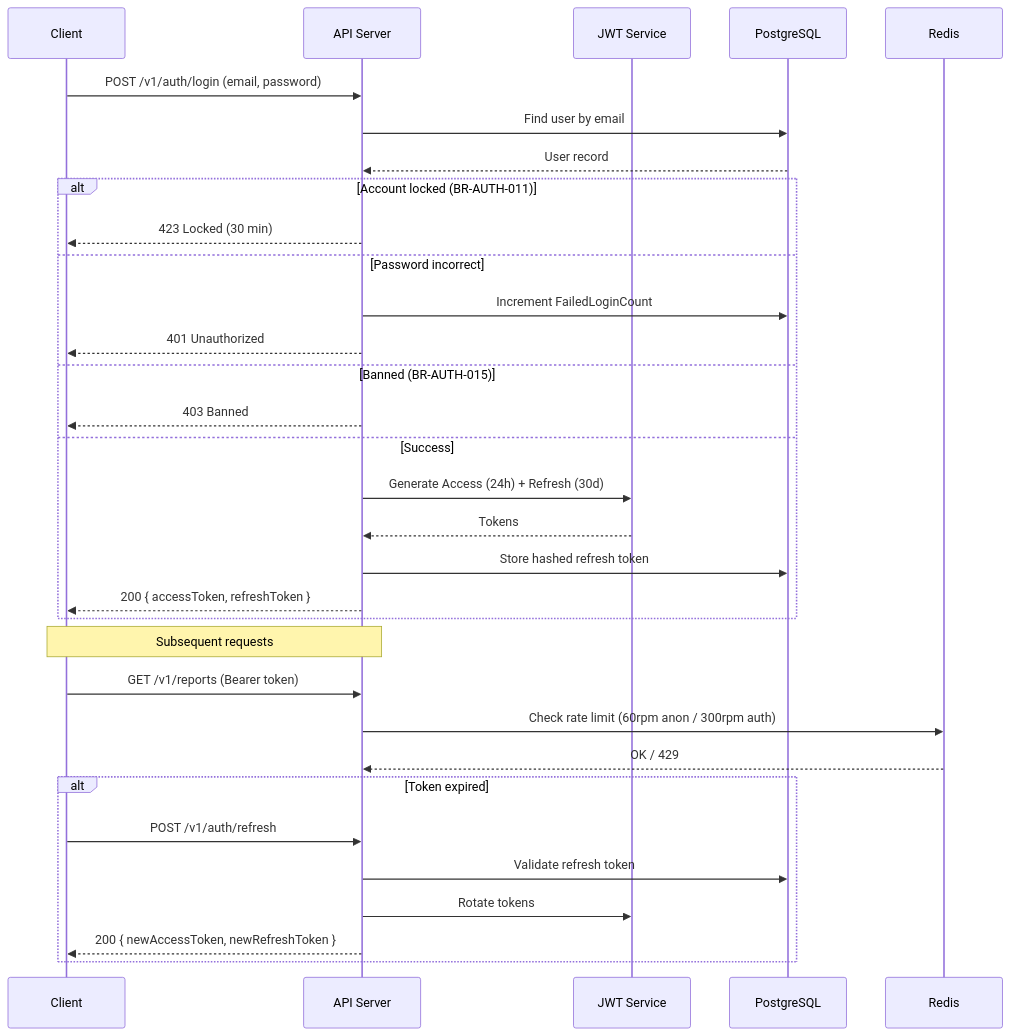
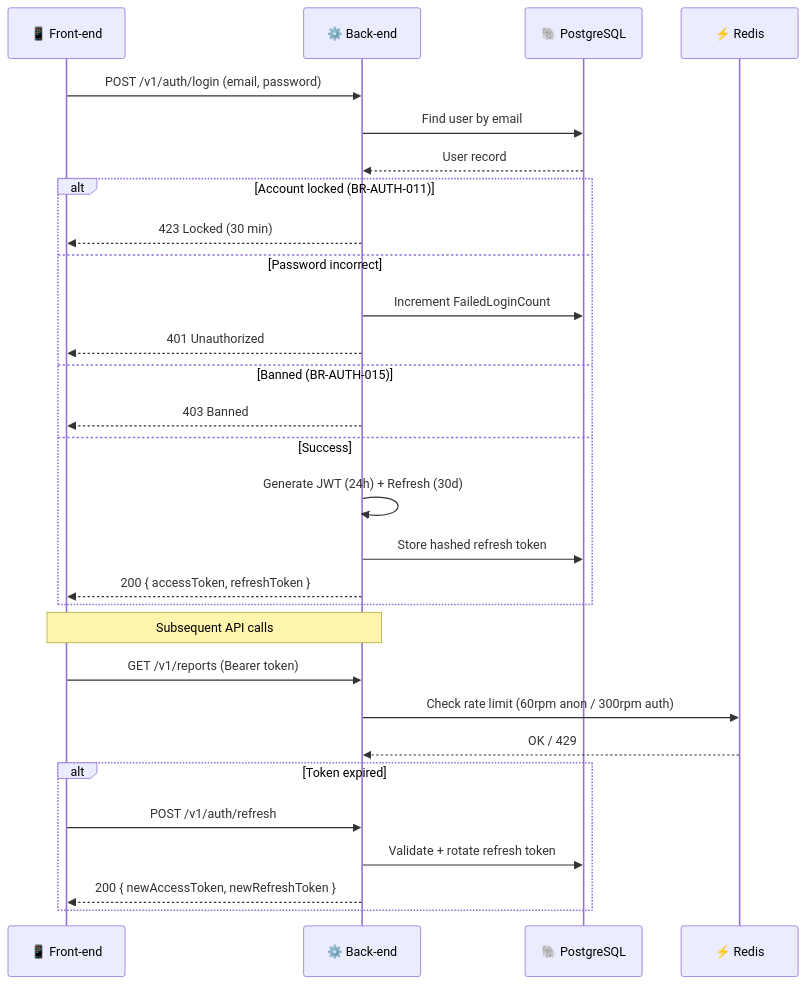
One commit to Capstonne-Project/greenlens-service changed the fifth of 6 diagrams in docs/BusinessRule/architecture-system-diagram.md. Above: the diagram before and after it, drawn with Mermaid. The commit also changed other lines of this file and 55 other files, not shown here.

````diff
--- a/docs/BusinessRule/architecture-system-diagram.md
+++ b/docs/BusinessRule/architecture-system-diagram.md
@@ -344,38 +273,35 @@
 ```mermaid
 sequenceDiagram
-    participant C as Client
-    participant API as API Server
-    participant JWT as JWT Service
-    participant DB as PostgreSQL
-    participant Redis as Redis
+    participant FE as 📱 Front-end
+    participant BE as ⚙️ Back-end
+    participant DB as 🐘 PostgreSQL
+    participant RD as ⚡ Redis
 
-    C->>API: POST /v1/auth/login (email, password)
-    API->>DB: Find user by email
-    DB-->>API: User record
+    FE->>BE: POST /v1/auth/login (email, password)
+    BE->>DB: Find user by email
+    DB-->>BE: User record
 
     alt Account locked (BR-AUTH-011)
-        API-->>C: 423 Locked (30 min)
+        BE-->>FE: 423 Locked (30 min)
     else Password incorrect
-        API->>DB: Increment FailedLoginCount
-        API-->>C: 401 Unauthorized
+        BE->>DB: Increment FailedLoginCount
+        BE-->>FE: 401 Unauthorized
     else Banned (BR-AUTH-015)
-        API-->>C: 403 Banned
+        BE-->>FE: 403 Banned
     else Success
-        API->>JWT: Generate Access (24h) + Refresh (30d)
-        JWT-->>API: Tokens
-        API->>DB: Store hashed refresh token
-        API-->>C: 200 { accessToken, refreshToken }
+        BE->>BE: Generate JWT (24h) + Refresh (30d)
+        BE->>DB: Store hashed refresh token
+        BE-->>FE: 200 { accessToken, refreshToken }
     end
 
-    Note over C,API: Subsequent requests
-    C->>API: GET /v1/reports (Bearer token)
-    API->>Redis: Check rate limit (60rpm anon / 300rpm auth)
-    Redis-->>API: OK / 429
+    Note over FE,BE: Subsequent API calls
+    FE->>BE: GET /v1/reports (Bearer token)
+    BE->>RD: Check rate limit (60rpm anon / 300rpm auth)
+    RD-->>BE: OK / 429
 
     alt Token expired
-        C->>API: POST /v1/auth/refresh
-        API->>DB: Validate refresh token
-        API->>JWT: Rotate tokens
-        API-->>C: 200 { newAccessToken, newRefreshToken }
+        FE->>BE: POST /v1/auth/refresh
+        BE->>DB: Validate + rotate refresh token
+        BE-->>FE: 200 { newAccessToken, newRefreshToken }
     end
 ```
````
